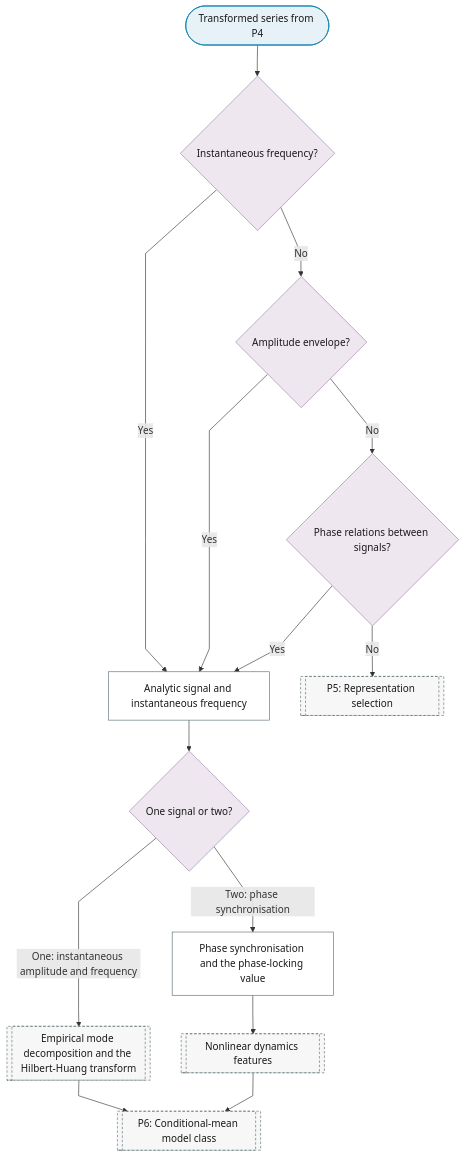
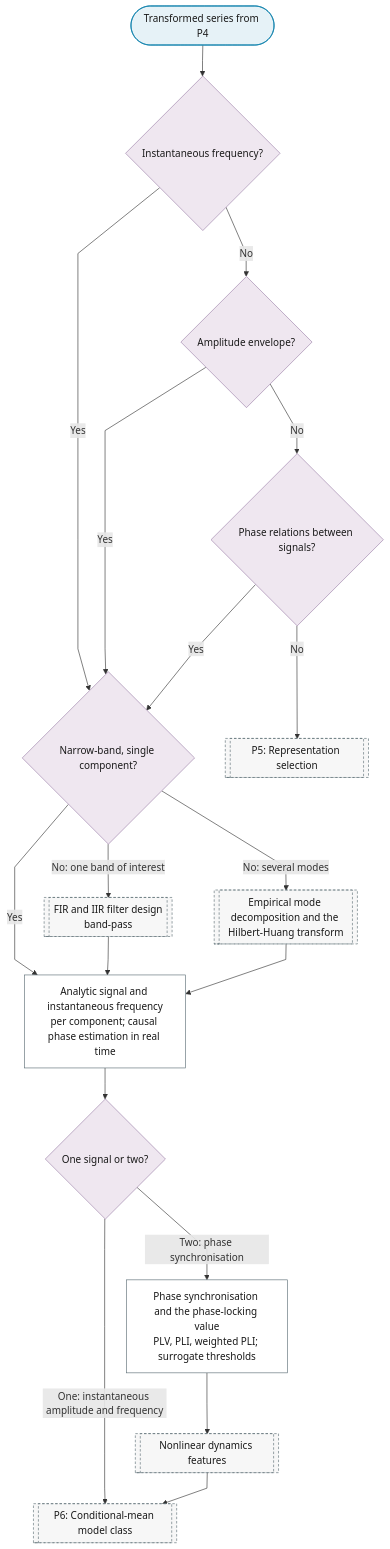
One commit to Shuxin-Y/time-series-analysis-manual changed the diagram in docs/01-workflow/p05-representation/06-hilbert-phase.md. Above: the diagram before and after it, drawn with Mermaid. The commit also changed 8 other files, not shown here.

First line of the commit message:
feat(p5): sampling gate and signal-criteria representation charts

````diff
--- a/docs/01-workflow/p05-representation/06-hilbert-phase.md
+++ b/docs/01-workflow/p05-representation/06-hilbert-phase.md
@@ -7,28 +7,32 @@
 ```mermaid
 %%{init: {"flowchart": {"curve": "linear"}}}%%
 graph TD
     P5_HP_IN(["Transformed series from P4"]) --> P5_HP_INSTANTANEOUS{"Instantaneous frequency?"}
-    P5_HP_INSTANTANEOUS -->|"Yes"| P5_HP_ANALYTIC_SIGNAL["Analytic signal and instantaneous frequency"]
+    P5_HP_INSTANTANEOUS -->|"Yes"| P5_HP_NARROWBAND{"Narrow-band, single component?"}
     P5_HP_INSTANTANEOUS -->|"No"| P5_HP_AMPLITUDE{"Amplitude envelope?"}
-    P5_HP_AMPLITUDE -->|"Yes"| P5_HP_ANALYTIC_SIGNAL
+    P5_HP_AMPLITUDE -->|"Yes"| P5_HP_NARROWBAND
     P5_HP_AMPLITUDE -->|"No"| P5_HP_PHASE_RELATIONS{"Phase relations between signals?"}
-    P5_HP_PHASE_RELATIONS -->|"Yes"| P5_HP_ANALYTIC_SIGNAL
+    P5_HP_PHASE_RELATIONS -->|"Yes"| P5_HP_NARROWBAND
     P5_HP_PHASE_RELATIONS -->|"No"| P5[["P5: Representation selection"]]
+    P5_HP_NARROWBAND -->|"Yes"| P5_HP_ANALYTIC_SIGNAL["Analytic signal and instantaneous frequency<br/>per component; causal phase estimation in real time"]
+    P5_HP_NARROWBAND -->|"No: one band of interest"| P5_FD_FILTERS[["FIR and IIR filter design<br/>band-pass"]]
+    P5_HP_NARROWBAND -->|"No: several modes"| P5_TF_EMD[["Empirical mode decomposition and the Hilbert-Huang transform"]]
+    P5_FD_FILTERS & P5_TF_EMD --> P5_HP_ANALYTIC_SIGNAL
     P5_HP_ANALYTIC_SIGNAL --> P5_HP_SIGNALS{"One signal or two?"}
-    P5_HP_SIGNALS -->|"One: instantaneous amplitude and frequency"| P5_TF_EMD[["Empirical mode decomposition and the Hilbert-Huang transform"]]
-    P5_HP_SIGNALS -->|"Two: phase synchronisation"| P5_HP_PHASE_SYNC["Phase synchronisation and the phase-locking value"]
+    P5_HP_SIGNALS -->|"One: instantaneous amplitude and frequency"| P6[["P6: Conditional-mean model class"]]
+    P5_HP_SIGNALS -->|"Two: phase synchronisation"| P5_HP_PHASE_SYNC["Phase synchronisation and the phase-locking value<br/>PLV, PLI, weighted PLI; surrogate thresholds"]
     P5_HP_PHASE_SYNC --> P0_FE_NONLINEAR_FEATURES[["Nonlinear dynamics features"]]
-    P5_TF_EMD & P0_FE_NONLINEAR_FEATURES --> P6[["P6: Conditional-mean model class"]]
+    P0_FE_NONLINEAR_FEATURES --> P6
     class P5_HP_IN terminator
-    class P5_HP_INSTANTANEOUS,P5_HP_AMPLITUDE,P5_HP_PHASE_RELATIONS,P5_HP_SIGNALS decision
+    class P5_HP_INSTANTANEOUS,P5_HP_AMPLITUDE,P5_HP_PHASE_RELATIONS,P5_HP_NARROWBAND,P5_HP_SIGNALS decision
     class P5_HP_ANALYTIC_SIGNAL,P5_HP_PHASE_SYNC process
-    class P5,P5_TF_EMD,P0_FE_NONLINEAR_FEATURES,P6 ref
+    class P5,P5_FD_FILTERS,P5_TF_EMD,P0_FE_NONLINEAR_FEATURES,P6 ref
     classDef terminator fill:#E6F2F7,stroke:#007BA7,color:#1A1A1A;
     classDef process fill:#FFFFFF,stroke:#5A6B73,color:#1A1A1A;
     classDef decision fill:#EFE7F0,stroke:#9B7FA7,color:#1A1A1A;
     classDef data fill:#FFF4E0,stroke:#C9A55E,color:#1A1A1A;
     classDef good fill:#DCEFD8,stroke:#4A7A3F,color:#1A1A1A;
     classDef escalate fill:#FFE9C2,stroke:#C9A55E,color:#1A1A1A;
     classDef problem fill:#F2D9DE,stroke:#800020,color:#1A1A1A;
     classDef ref fill:#F7F7F7,stroke:#5A6B73,color:#1A1A1A,stroke-dasharray:4 3;
 ```
````
